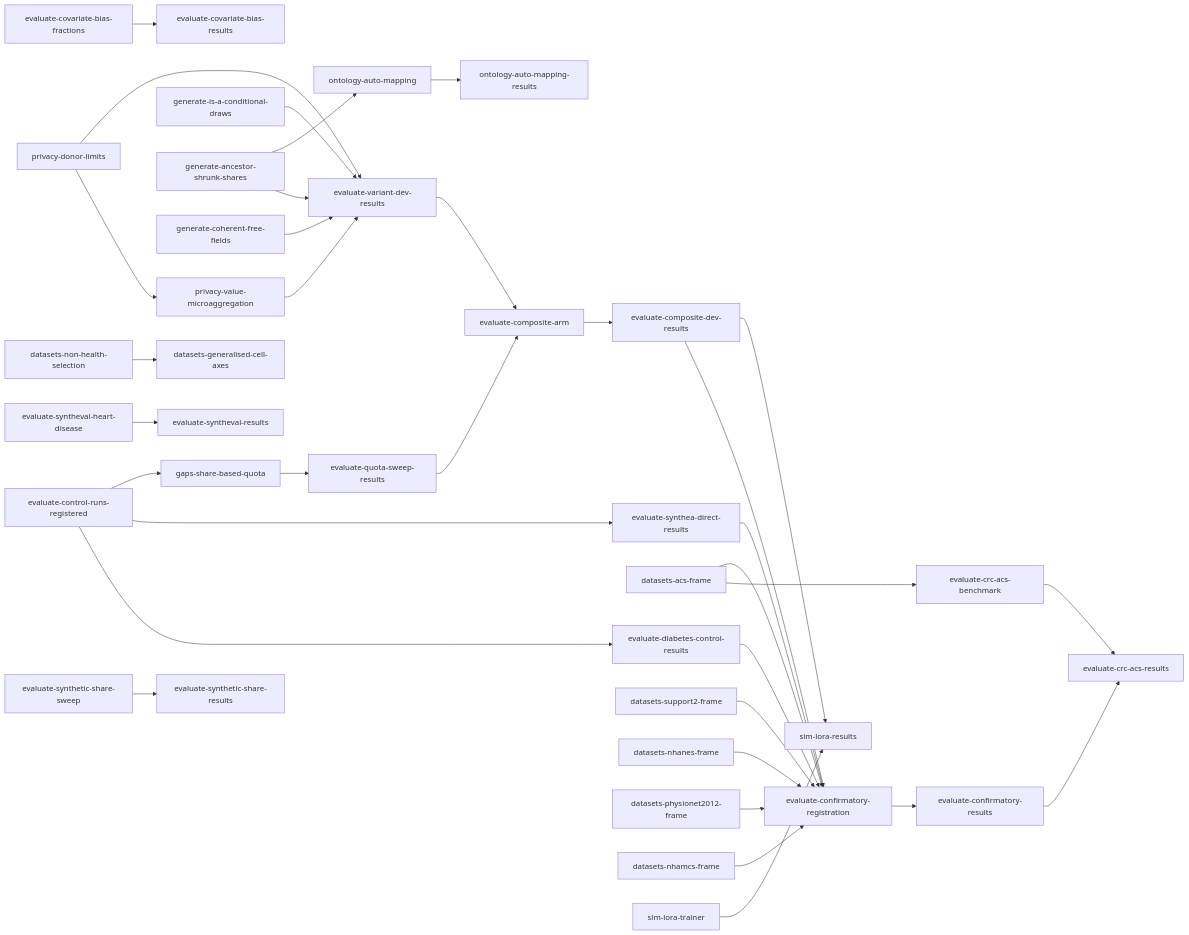
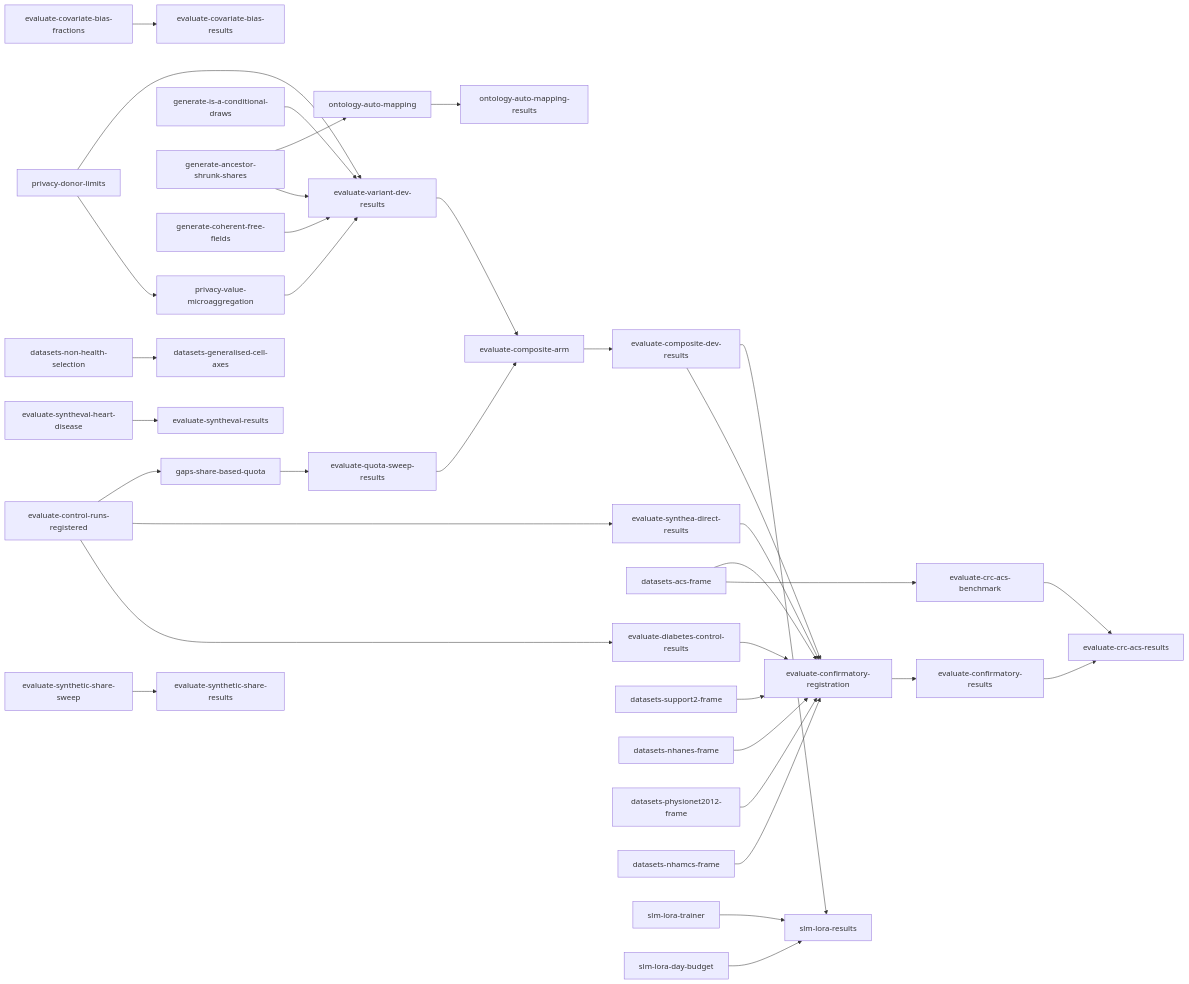
The diagram in tasks/direct-index.md (joe-dartmouth/synthetic), drawn with Mermaid before and after one commit. The commit also changed other lines of this file and 21 other files, not shown here.

Commit message:
Add the slm extra, the comparison design and its budget unit

````diff
--- a/tasks/direct-index.md
+++ b/tasks/direct-index.md
@@ -76,36 +77,37 @@
 ```mermaid
 flowchart LR
     u37[evaluate-covariate-bias-fractions] --> u38[evaluate-covariate-bias-results]
     u6[evaluate-control-runs-registered] --> u7[evaluate-diabetes-control-results]
     u6 --> u8[evaluate-synthea-direct-results]
     u15[privacy-donor-limits] --> u16[privacy-value-microaggregation]
     u11[generate-is-a-conditional-draws] --> u19[evaluate-variant-dev-results]
     u13[generate-ancestor-shrunk-shares] --> u19
     u15 --> u19
     u16 --> u19
     u17[generate-coherent-free-fields] --> u19
     u6 --> u20[gaps-share-based-quota]
     u20 --> u21[evaluate-quota-sweep-results]
     u27[datasets-acs-frame] --> u41[evaluate-crc-acs-benchmark]
     u49[datasets-non-health-selection] --> u50[datasets-generalised-cell-axes]
     u43[evaluate-syntheval-heart-disease] --> u44[evaluate-syntheval-results]
     u19 --> u28[evaluate-composite-arm]
     u21 --> u28
     u28 --> u29[evaluate-composite-dev-results]
     u7 --> u30[evaluate-confirmatory-registration]
     u8 --> u30
     u45[evaluate-synthetic-share-sweep] --> u46[evaluate-synthetic-share-results]
     u25[datasets-support2-frame] --> u30
     u26[datasets-nhanes-frame] --> u30
     u27 --> u30
     u47[datasets-physionet2012-frame] --> u30
     u48[datasets-nhamcs-frame] --> u30
     u29 --> u30
     u30 --> u31[evaluate-confirmatory-results]
     u41 --> u42[evaluate-crc-acs-results]
     u31 --> u42
     u13 --> u32[ontology-auto-mapping]
     u32 --> u33[ontology-auto-mapping-results]
     u29 --> u36[slm-lora-results]
     u35[slm-lora-trainer] --> u36
+    u51[slm-lora-day-budget] --> u36
 ```
````
